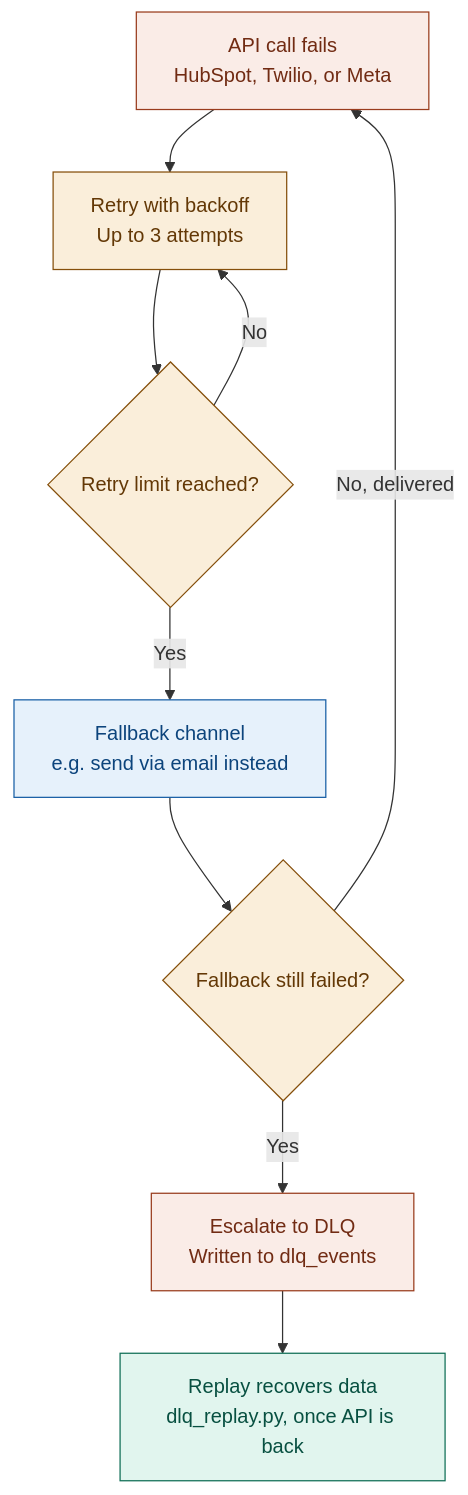
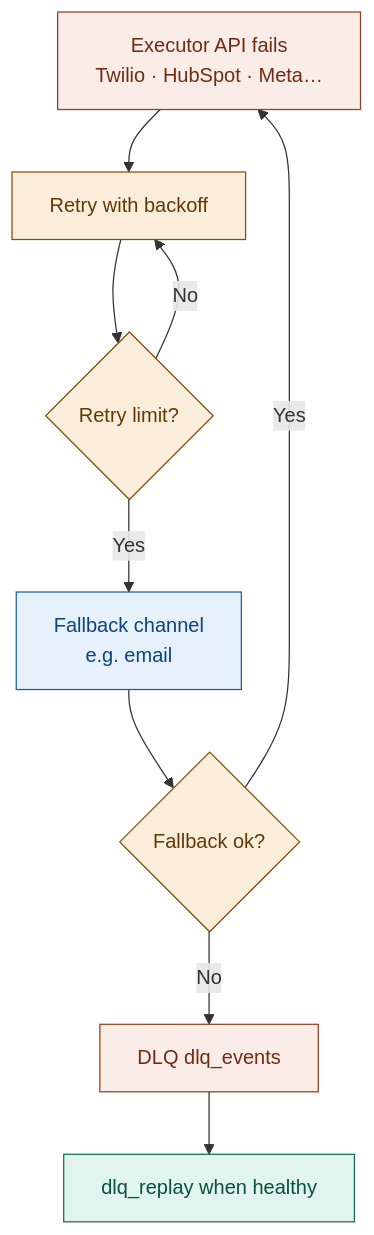
The sixth of 8 diagrams in IREIOS_3.0_Architecture_Diagrams.md (imperiondata/real-estate-ai-lead-agent), drawn with Mermaid before and after one commit. The commit also changed other lines of this file and 2 other files, not shown here.

Commit message:
docs: updated architecture diagrams and implementation plans based on current scope and requirements

````diff
--- a/IREIOS_3.0_Architecture_Diagrams.md
+++ b/IREIOS_3.0_Architecture_Diagrams.md
@@ -209,31 +347,26 @@
 ```mermaid
 flowchart TD
-    E1["API call fails<br/>HubSpot, Twilio, or Meta"]
-    E2["Retry with backoff<br/>Up to 3 attempts"]
-    E3{"Retry limit reached?"}
-    E4["Fallback channel<br/>e.g. send via email instead"]
-    E5{"Fallback still failed?"}
-    E6["Escalate to DLQ<br/>Written to dlq_events"]
-    E7["Replay recovers data<br/>dlq_replay.py, once API is back"]
+    E1[Executor API fails<br/>Twilio · HubSpot · Meta…]
+    E2[Retry with backoff]
+    E3{Retry limit?}
+    E4[Fallback channel<br/>e.g. email]
+    E5{Fallback ok?}
+    E6[DLQ dlq_events]
+    E7[dlq_replay when healthy]
 
     E1 --> E2 --> E3
     E3 -->|No| E2
     E3 -->|Yes| E4 --> E5
-    E5 -->|Yes| E6 --> E7
-    E5 -->|No, delivered| E1
+    E5 -->|No| E6 --> E7
+    E5 -->|Yes| E1
 
-    classDef gray fill:#F1EFE8,stroke:#5F5E5A,color:#2C2C2A;
     classDef blue fill:#E6F1FB,stroke:#185FA5,color:#0C447C;
     classDef teal fill:#E1F5EE,stroke:#0F6E56,color:#085041;
-    classDef purple fill:#EEEDFE,stroke:#534AB7,color:#3C3489;
     classDef amber fill:#FAEEDA,stroke:#854F0B,color:#633806;
     classDef coral fill:#FAECE7,stroke:#993C1D,color:#712B13;
 
-    class E1 coral
-    class E2 amber
-    class E3 amber
+    class E1,E6 coral
+    class E2,E3,E5 amber
     class E4 blue
-    class E5 amber
-    class E6 coral
     class E7 teal
 ```
````
